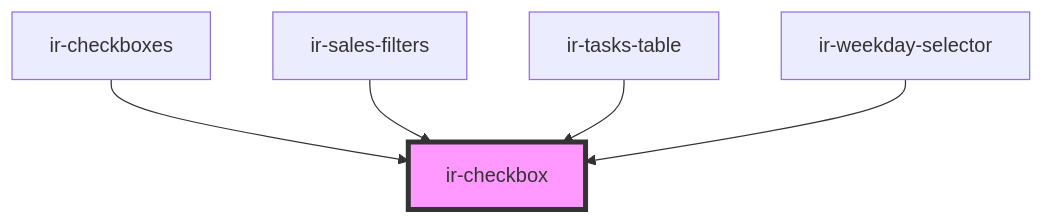
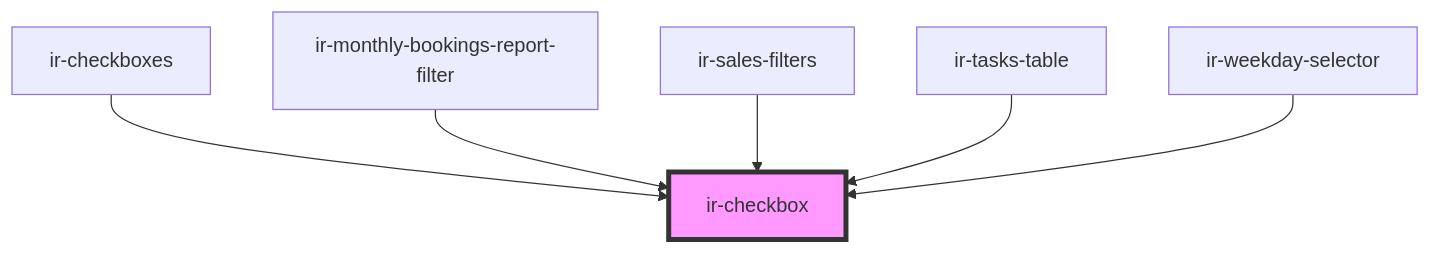
Before and after one commit to David1Chowaifaty/modified-ir-webcmp: the diagram in src/components/ui/ir-checkbox/readme.md, drawn with Mermaid. The commit also changed other lines of this file and 58 other files, not shown here.

````diff
--- a/src/components/ui/ir-checkbox/readme.md
+++ b/src/components/ui/ir-checkbox/readme.md
@@ -38,8 +39,9 @@
 ```mermaid
 graph TD;
   ir-checkboxes --> ir-checkbox
+  ir-monthly-bookings-report-filter --> ir-checkbox
   ir-sales-filters --> ir-checkbox
   ir-tasks-table --> ir-checkbox
   ir-weekday-selector --> ir-checkbox
   style ir-checkbox fill:#f9f,stroke:#333,stroke-width:4px
 ```
````
